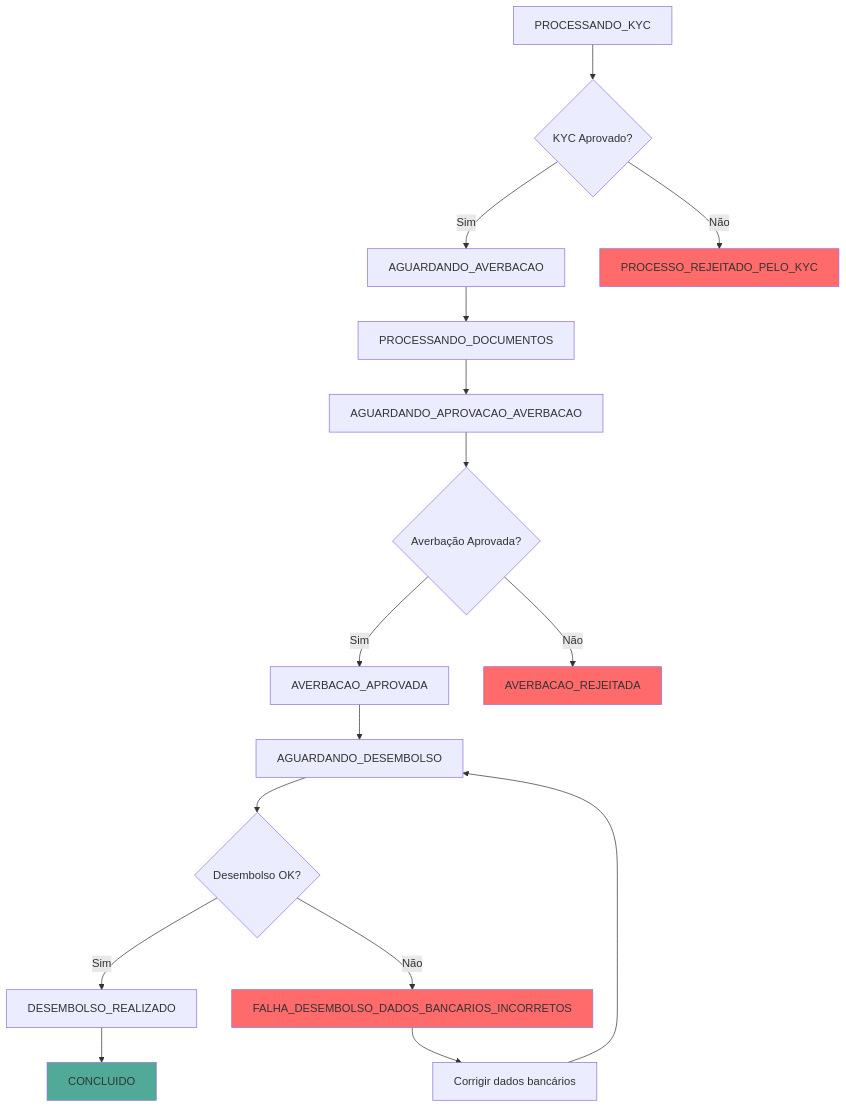
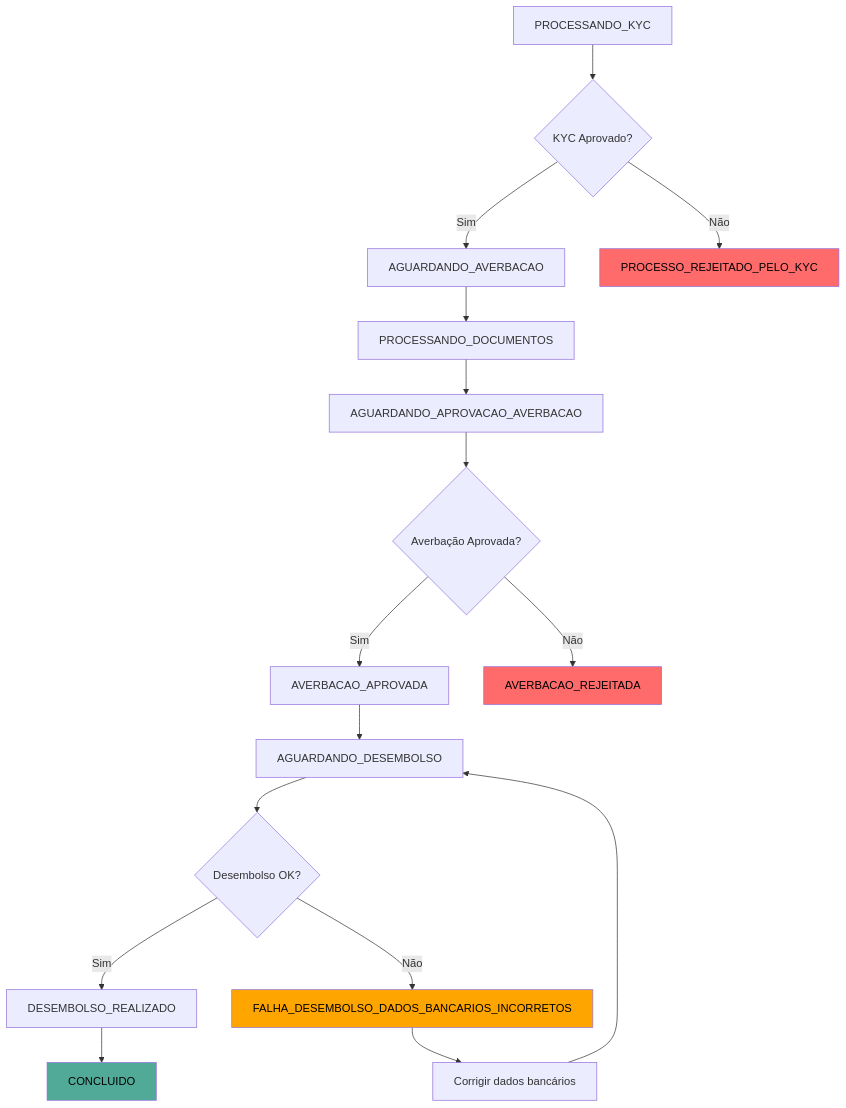
One commit to amandamussio/docs changed the diagram in e-consignado/casos-de-uso/contratação-ativa/webhooks-e-eventos/03-evento-de-resultado-de-proposta.mdx. Above: the diagram before and after it, drawn with Mermaid.

Commit message:
add weebhook 3

````diff
--- a/e-consignado/casos-de-uso/contratação-ativa/webhooks-e-eventos/03-evento-de-resultado-de-proposta.mdx
+++ b/e-consignado/casos-de-uso/contratação-ativa/webhooks-e-eventos/03-evento-de-resultado-de-proposta.mdx
@@ -129,23 +129,23 @@
 ```mermaid
 graph TD
     A[PROCESSANDO_KYC] --> B{KYC Aprovado?}
     B -->|Sim| C[AGUARDANDO_AVERBACAO]
     B -->|Não| D[PROCESSO_REJEITADO_PELO_KYC]
     C --> E[PROCESSANDO_DOCUMENTOS]
     E --> F[AGUARDANDO_APROVACAO_AVERBACAO]
     F --> G{Averbação Aprovada?}
     G -->|Sim| H[AVERBACAO_APROVADA]
     G -->|Não| I[AVERBACAO_REJEITADA]
     H --> J[AGUARDANDO_DESEMBOLSO]
     J --> K{Desembolso OK?}
     K -->|Sim| L[DESEMBOLSO_REALIZADO]
     K -->|Não| M[FALHA_DESEMBOLSO_DADOS_BANCARIOS_INCORRETOS]
     M --> N[Corrigir dados bancários]
     N --> J
     L --> O[CONCLUIDO]
     
-    style D fill:#ff6b6b
-    style I fill:#ff6b6b
-    style M fill:#ff6b6b
-    style O fill:#51aa98
+    style D fill:#ff6b6b,color:#000
+    style I fill:#ff6b6b,color:#000
+    style M fill:#ffa500,color:#000
+    style O fill:#51aa98,color:#000
 ```
````
